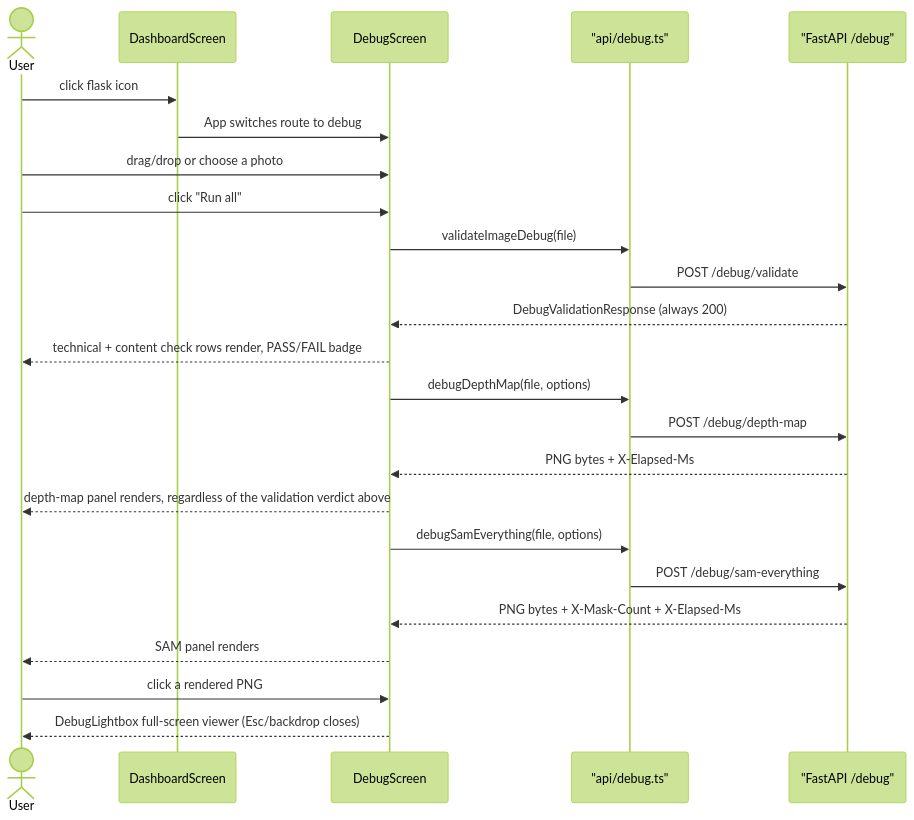
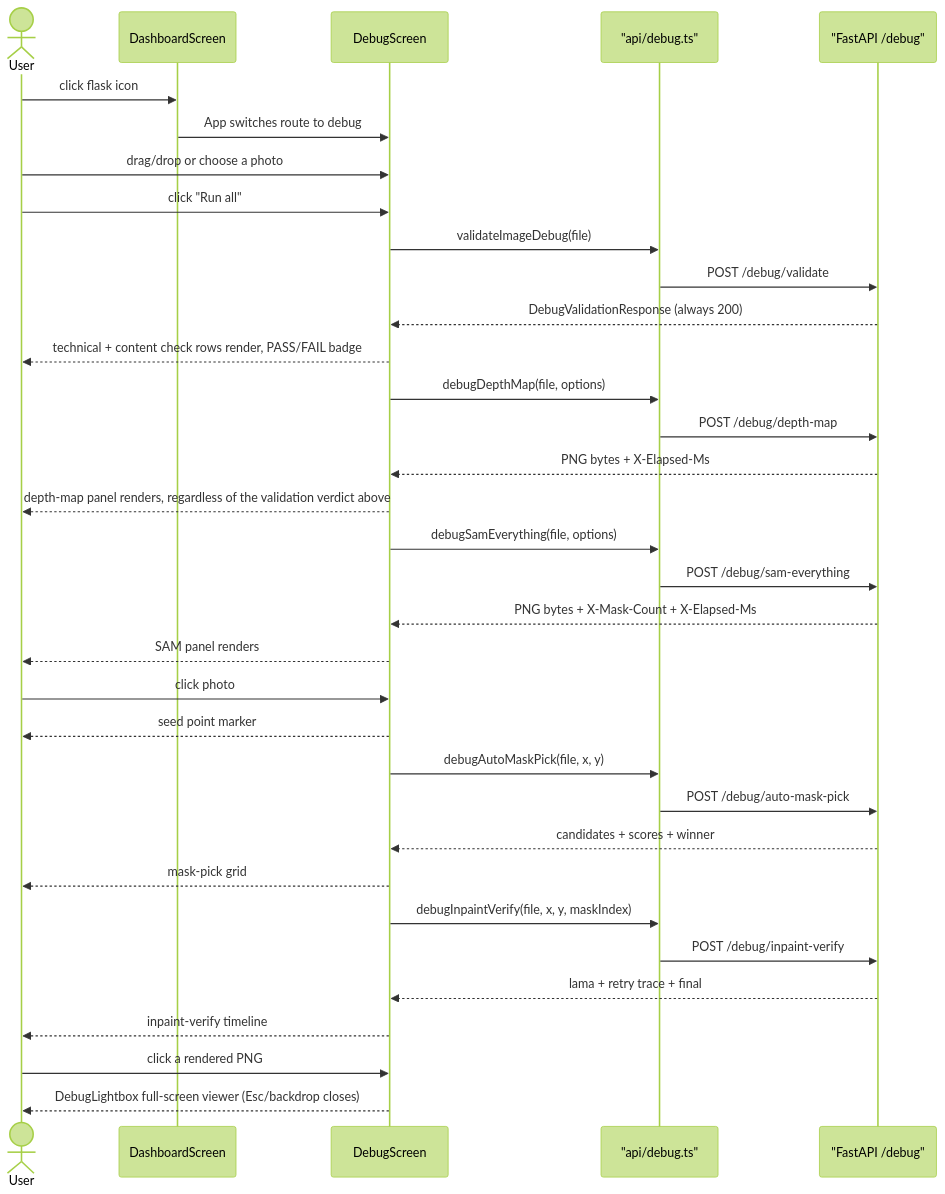
Before and after one commit to 1mache/avroom: the third of 3 diagrams in docs/frontend/user-flow.md, drawn with Mermaid (forest theme). The commit also changed other lines of this file and 27 other files, not shown here.

Commit message:
Add debug dashboard panels for auto mask pick and inpaint verify.

````diff
--- a/docs/frontend/user-flow.md
+++ b/docs/frontend/user-flow.md
@@ -88,31 +88,42 @@
 ```mermaid
 sequenceDiagram
     actor User
     participant Dash as DashboardScreen
     participant Debug as DebugScreen
     participant API as "api/debug.ts"
     participant Backend as "FastAPI /debug"
 
     User->>Dash: click flask icon
     Dash->>Debug: App switches route to debug
     User->>Debug: drag/drop or choose a photo
     User->>Debug: click "Run all"
 
     Debug->>API: validateImageDebug(file)
     API->>Backend: POST /debug/validate
     Backend-->>Debug: DebugValidationResponse (always 200)
     Debug-->>User: technical + content check rows render, PASS/FAIL badge
 
     Debug->>API: debugDepthMap(file, options)
     API->>Backend: POST /debug/depth-map
     Backend-->>Debug: PNG bytes + X-Elapsed-Ms
     Debug-->>User: depth-map panel renders, regardless of the validation verdict above
 
     Debug->>API: debugSamEverything(file, options)
     API->>Backend: POST /debug/sam-everything
     Backend-->>Debug: PNG bytes + X-Mask-Count + X-Elapsed-Ms
     Debug-->>User: SAM panel renders
 
+    User->>Debug: click photo
+    Debug-->>User: seed point marker
+    Debug->>API: debugAutoMaskPick(file, x, y)
+    API->>Backend: POST /debug/auto-mask-pick
+    Backend-->>Debug: candidates + scores + winner
+    Debug-->>User: mask-pick grid
+    Debug->>API: debugInpaintVerify(file, x, y, maskIndex)
+    API->>Backend: POST /debug/inpaint-verify
+    Backend-->>Debug: lama + retry trace + final
+    Debug-->>User: inpaint-verify timeline
+
     User->>Debug: click a rendered PNG
     Debug-->>User: DebugLightbox full-screen viewer (Esc/backdrop closes)
 ```
````
